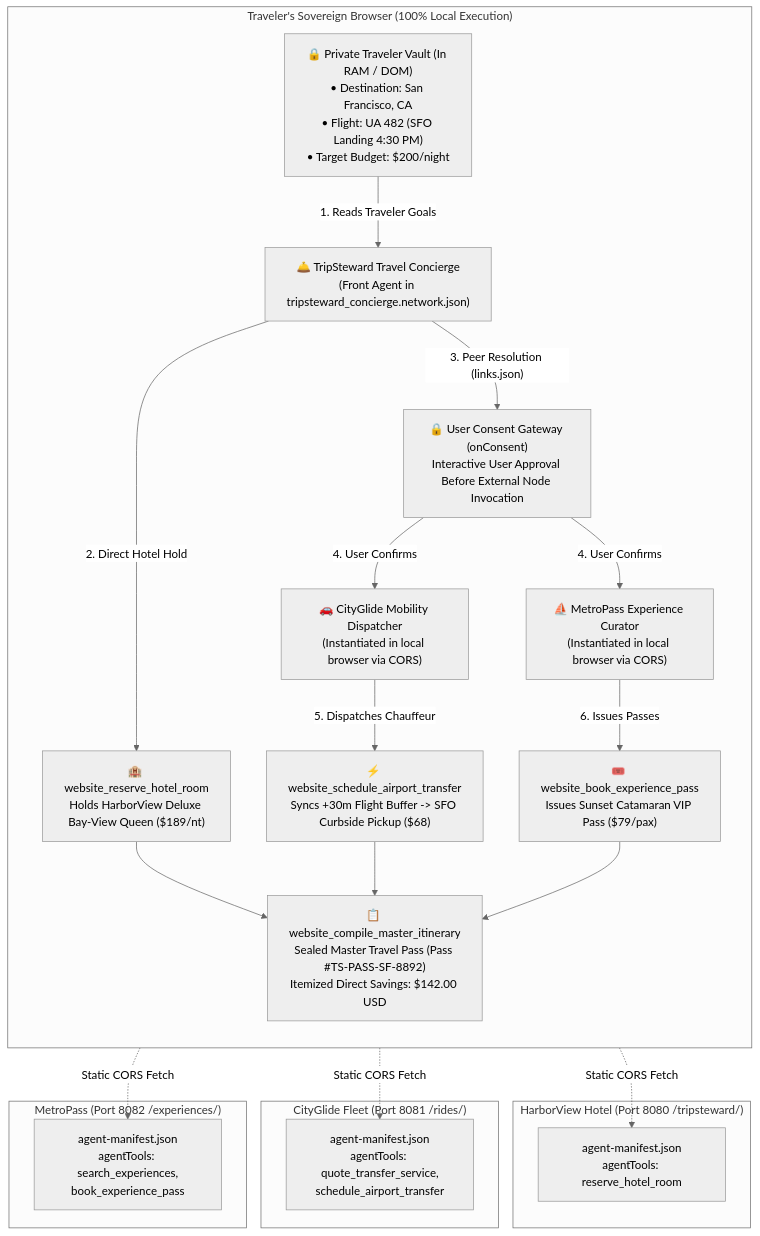
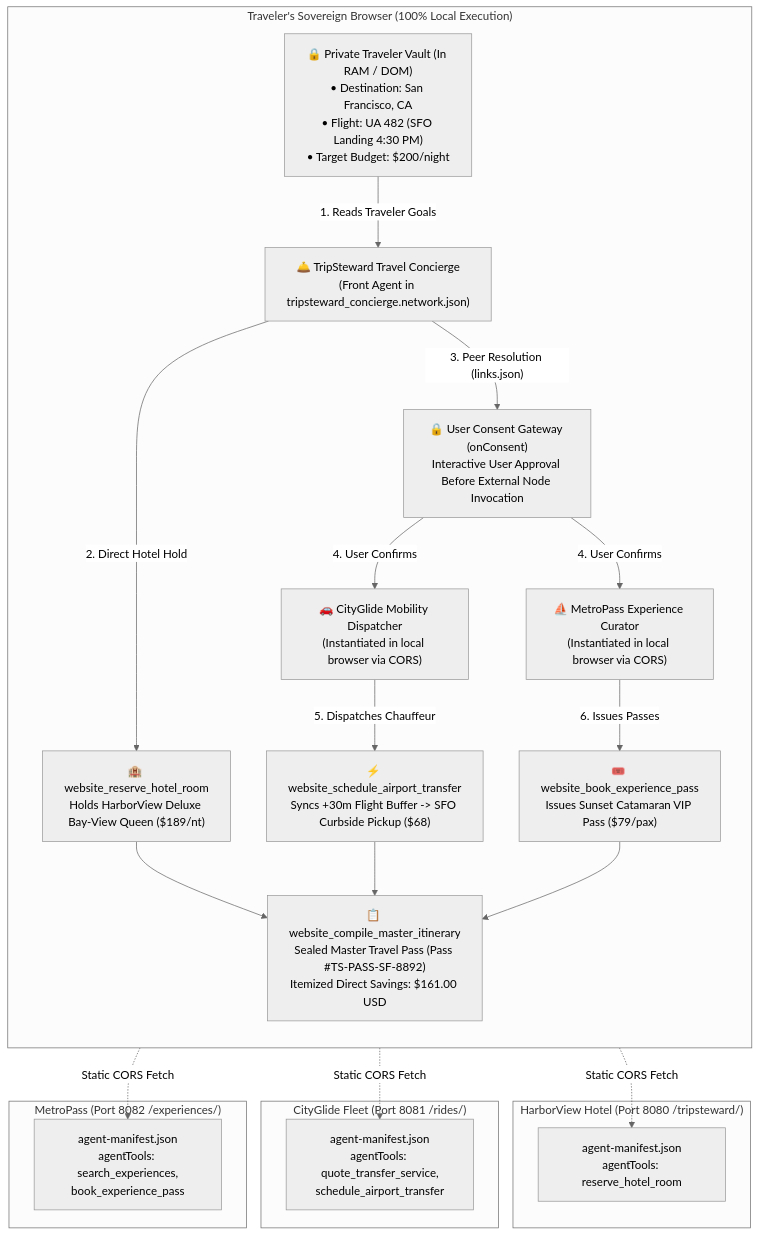
One commit to Elroi-thecreator/tripsteward-agentic-travel changed the diagram in README.md. Above: the diagram before and after it, drawn with Mermaid (neutral theme). The commit also changed other lines of this file and 38 other files, not shown here.

````diff
--- a/README.md
+++ b/README.md
@@ -57,47 +57,47 @@
 ```mermaid
 flowchart TD
     subgraph ClientBrowser["Traveler's Sovereign Browser (100% Local Execution)"]
         direction TB
         VAULT["🔒 Private Traveler Vault (In RAM / DOM)\n• Destination: San Francisco, CA\n• Flight: UA 482 (SFO Landing 4:30 PM)\n• Target Budget: $200/night"]
         
         CONCIERGE["🛎️ TripSteward Travel Concierge\n(Front Agent in tripsteward_concierge.network.json)"]
         
         CONSENT["🔒 User Consent Gateway (onConsent)\nInteractive User Approval Before External Node Invocation"]
         
         RIDE_AGENT["🚗 CityGlide Mobility Dispatcher\n(Instantiated in local browser via CORS)"]
         EXP_AGENT["⛵ MetroPass Experience Curator\n(Instantiated in local browser via CORS)"]
         
         ACTION_HOTEL["🏨 website_reserve_hotel_room\nHolds HarborView Deluxe Bay-View Queen ($189/nt)"]
         ACTION_RIDE["⚡ website_schedule_airport_transfer\nSyncs +30m Flight Buffer -> SFO Curbside Pickup ($68)"]
         ACTION_PASS["🎟️ website_book_experience_pass\nIssues Sunset Catamaran VIP Pass ($79/pax)"]
         
-        MASTER_PASS["📋 website_compile_master_itinerary\nSealed Master Travel Pass (Pass #TS-PASS-SF-8892)\nItemized Direct Savings: $142.00 USD"]
+        MASTER_PASS["📋 website_compile_master_itinerary\nSealed Master Travel Pass (Pass #TS-PASS-SF-8892)\nItemized Direct Savings: $161.00 USD"]
 
         VAULT -->|"1. Reads Traveler Goals"| CONCIERGE
         CONCIERGE -->|"2. Direct Hotel Hold"| ACTION_HOTEL
         CONCIERGE -->|"3. Peer Resolution (links.json)"| CONSENT
         CONSENT -->|"4. User Confirms"| RIDE_AGENT
         CONSENT -->|"4. User Confirms"| EXP_AGENT
         RIDE_AGENT -->|"5. Dispatches Chauffeur"| ACTION_RIDE
         EXP_AGENT -->|"6. Issues Passes"| ACTION_PASS
         ACTION_HOTEL --> MASTER_PASS
         ACTION_RIDE --> MASTER_PASS
         ACTION_PASS --> MASTER_PASS
     end
 
     subgraph Node1["HarborView Hotel (Port 8080 /tripsteward/)"]
         M1["agent-manifest.json\nagentTools: reserve_hotel_room"]
     end
 
     subgraph Node2["CityGlide Fleet (Port 8081 /rides/)"]
         M2["agent-manifest.json\nagentTools: quote_transfer_service,\nschedule_airport_transfer"]
     end
 
     subgraph Node3["MetroPass (Port 8082 /experiences/)"]
         M3["agent-manifest.json\nagentTools: search_experiences,\nbook_experience_pass"]
     end
 
     CONCIERGE -.->|"Static CORS Fetch"| M1
     RIDE_AGENT -.->|"Static CORS Fetch"| M2
     EXP_AGENT -.->|"Static CORS Fetch"| M3
 ```
````
